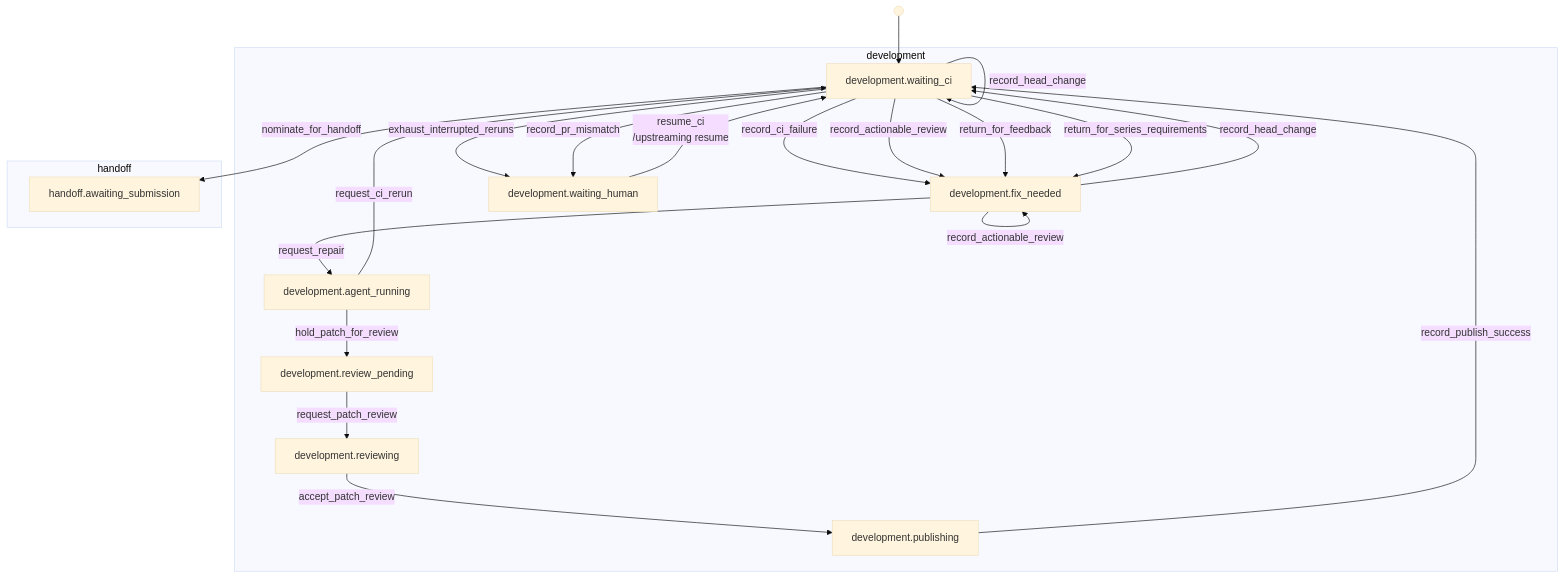
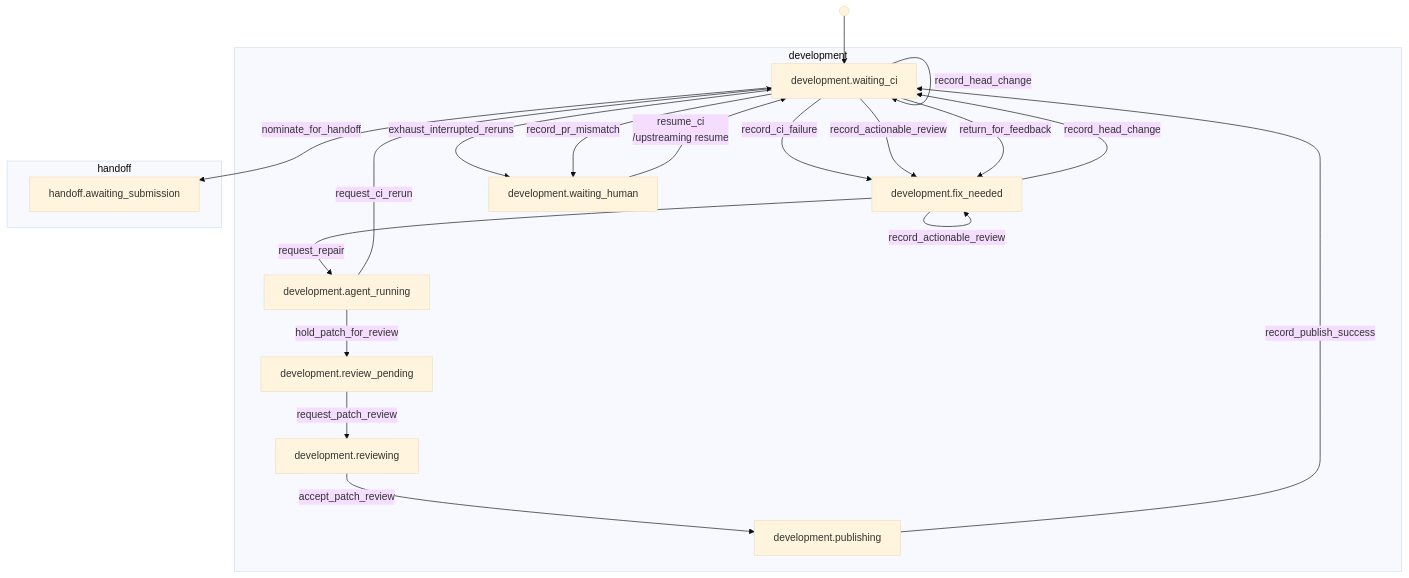
Before and after one commit to riseproject-dev/porting-agent: diagram 11 of 36 in docs/state-machine/index.md, drawn with Mermaid (base theme). The commit also changed other lines of this file and 32 other files, not shown here.

````diff
--- a/docs/state-machine/index.md
+++ b/docs/state-machine/index.md
@@ -426,36 +422,35 @@
 ```mermaid
 flowchart TB
     subgraph development["development"]
         development_waiting_ci["development.waiting_ci"]
         development_fix_needed["development.fix_needed"]
         development_agent_running["development.agent_running"]
         development_review_pending["development.review_pending"]
         development_reviewing["development.reviewing"]
         development_publishing["development.publishing"]
         development_waiting_human["development.waiting_human"]
     end
     subgraph handoff["handoff"]
         handoff_awaiting_submission["handoff.awaiting_submission"]
     end
 
     start_1(( )) --> development_waiting_ci
     development_waiting_ci -->|record_ci_failure| development_fix_needed
     development_waiting_ci -->|record_actionable_review| development_fix_needed
     development_fix_needed -->|record_actionable_review| development_fix_needed
     development_waiting_ci -->|record_explanation| development_waiting_ci
     development_fix_needed -->|request_repair| development_agent_running
     development_agent_running -->|hold_patch_for_review| development_review_pending
     development_review_pending -->|request_patch_review| development_reviewing
     development_reviewing -->|accept_patch_review| development_publishing
     development_publishing -->|record_publish_success| development_waiting_ci
     development_agent_running -->|request_ci_rerun| development_waiting_ci
     development_waiting_ci -->|nominate_for_handoff| handoff_awaiting_submission
     development_waiting_ci -->|rerun_interrupted_ci| development_waiting_ci
     development_waiting_ci -->|exhaust_interrupted_reruns| development_waiting_human
     development_waiting_human -->|resume_ci<br/>/upstreaming resume| development_waiting_ci
     development_waiting_ci -->|record_head_change| development_waiting_ci
     development_fix_needed -->|record_head_change| development_waiting_ci
     development_waiting_ci -->|return_for_feedback| development_fix_needed
-    development_waiting_ci -->|return_for_series_requirements| development_fix_needed
     development_waiting_ci -->|record_pr_mismatch| development_waiting_human
 ```
````
